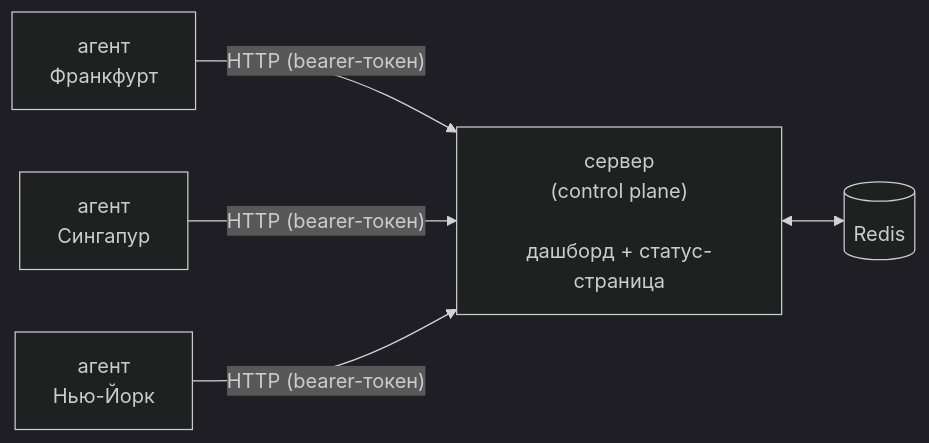
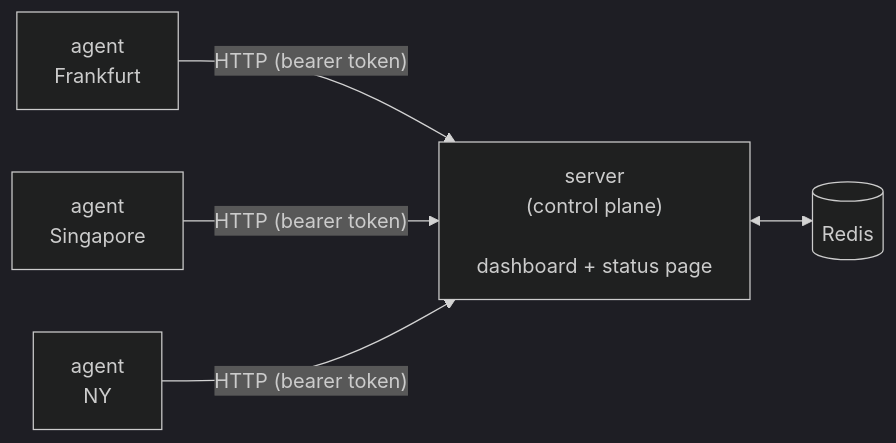
One commit to icelanced/Witness changed the diagram in README.md. Above: the diagram before and after it, drawn with Mermaid (dark theme). The commit also changed other lines of this file, not shown here.

````diff
--- a/README.md
+++ b/README.md
@@ -11,8 +16,8 @@
 ```mermaid
 flowchart LR
-    A1["агент<br/>Франкфурт"] -- "HTTP (bearer-токен)" --> S
-    A2["агент<br/>Сингапур"] -- "HTTP (bearer-токен)" --> S
-    A3["агент<br/>Нью-Йорк"] -- "HTTP (bearer-токен)" --> S
+    A1["agent<br/>Frankfurt"] -- "HTTP (bearer token)" --> S
+    A2["agent<br/>Singapore"] -- "HTTP (bearer token)" --> S
+    A3["agent<br/>NY"] -- "HTTP (bearer token)" --> S
 
-    S["сервер<br/>(control plane)<br/><br/>дашборд + статус-страница"] <--> R[("Redis")]
+    S["server<br/>(control plane)<br/><br/>dashboard + status page"] <--> R[("Redis")]
 ```
````
